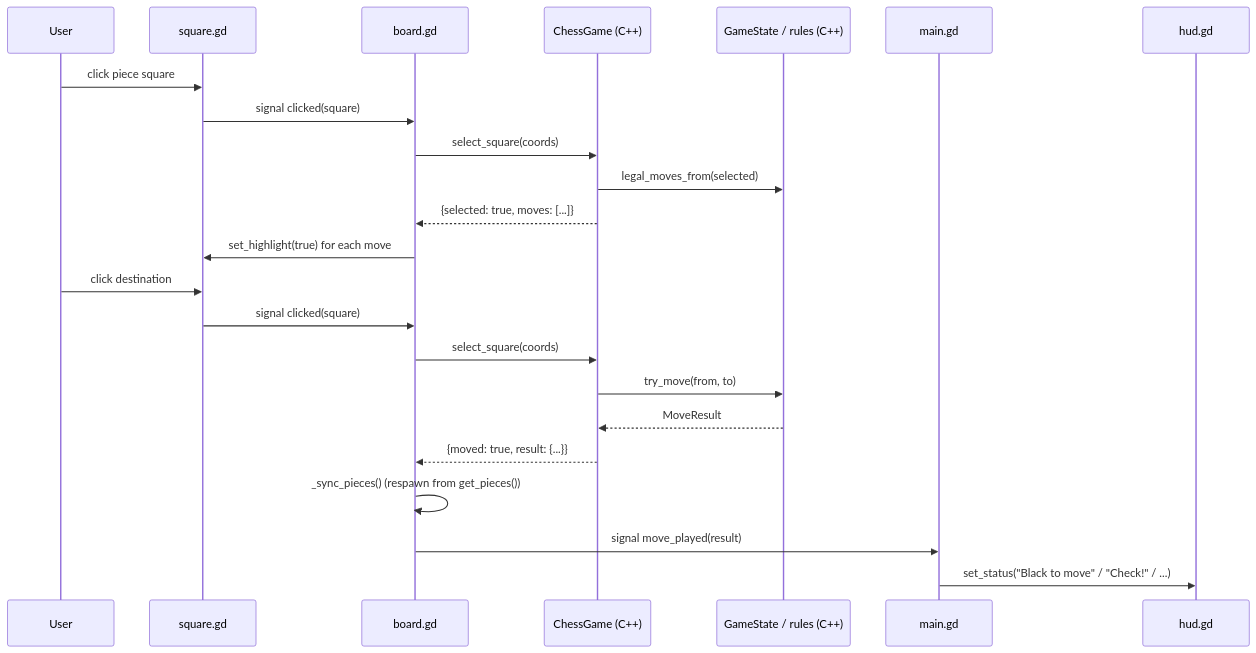
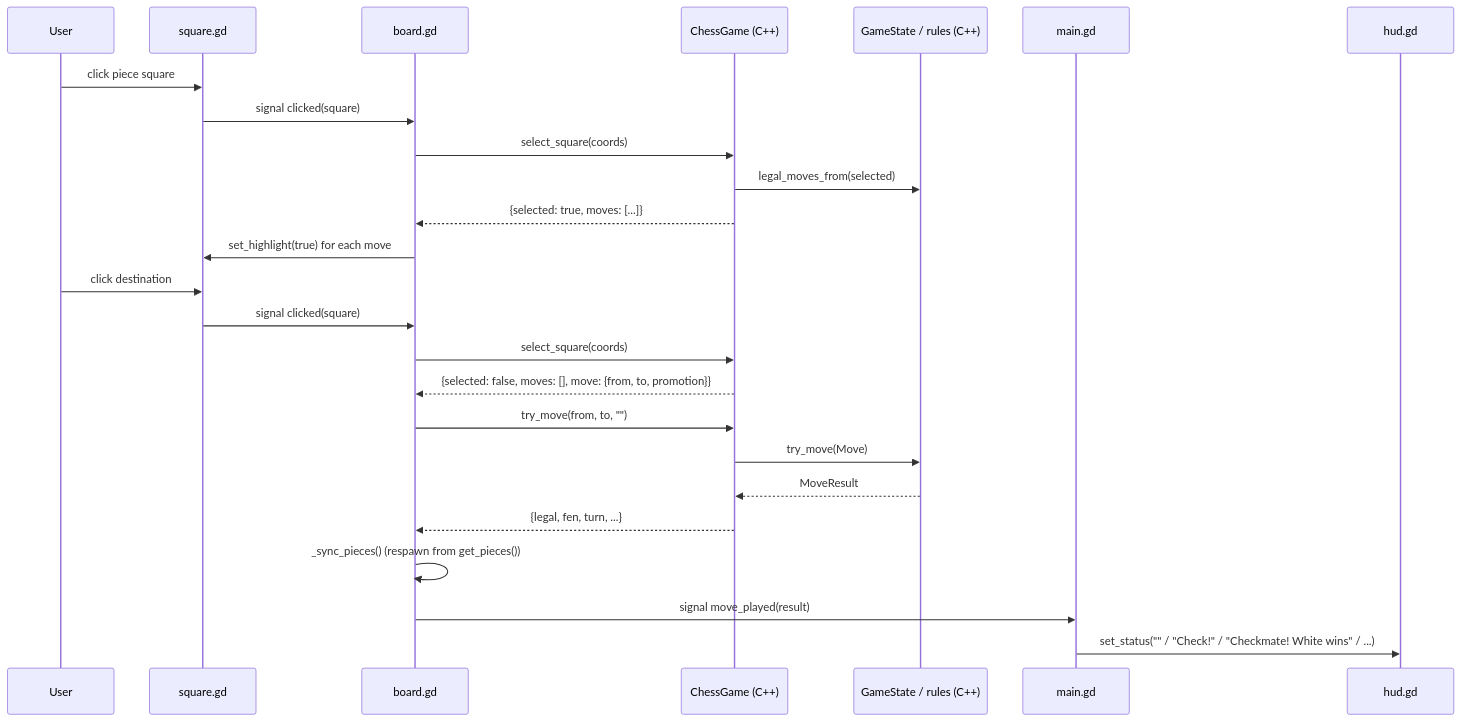
Before and after one commit to FaintNutria4/Chess_Project: the second of 2 diagrams in docs/architecture.md, drawn with Mermaid. The commit also changed other lines of this file and 19 other files, not shown here.

````diff
--- a/docs/architecture.md
+++ b/docs/architecture.md
@@ -59,27 +59,29 @@
 ```mermaid
 sequenceDiagram
     participant User
     participant SQ as square.gd
     participant BD as board.gd
     participant CG as ChessGame (C++)
     participant GS as GameState / rules (C++)
     participant MN as main.gd
     participant HUD as hud.gd
 
     User->>SQ: click piece square
     SQ->>BD: signal clicked(square)
     BD->>CG: select_square(coords)
     CG->>GS: legal_moves_from(selected)
     CG-->>BD: {selected: true, moves: [...]}
     BD->>SQ: set_highlight(true) for each move
 
     User->>SQ: click destination
     SQ->>BD: signal clicked(square)
     BD->>CG: select_square(coords)
-    CG->>GS: try_move(from, to)
+    CG-->>BD: {selected: false, moves: [], move: {from, to, promotion}}
+    BD->>CG: try_move(from, to, "")
+    CG->>GS: try_move(Move)
     GS-->>CG: MoveResult
-    CG-->>BD: {moved: true, result: {...}}
+    CG-->>BD: {legal, fen, turn, ...}
     BD->>BD: _sync_pieces() (respawn from get_pieces())
     BD->>MN: signal move_played(result)
-    MN->>HUD: set_status("Black to move" / "Check!" / ...)
+    MN->>HUD: set_status("" / "Check!" / "Checkmate! White wins" / ...)
 ```
````
